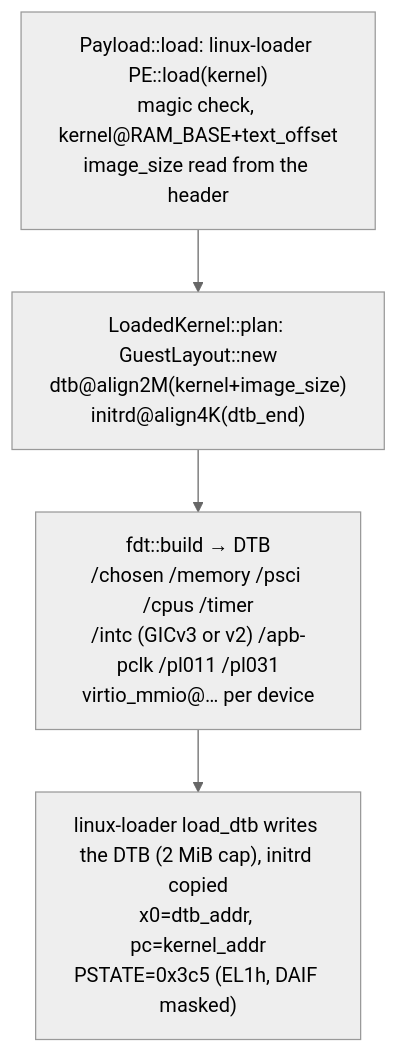
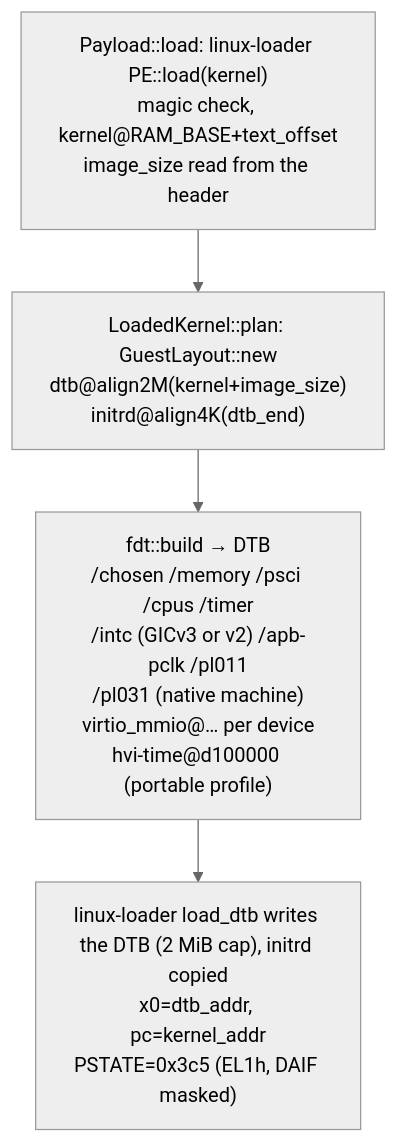
The second of 4 diagrams in docs/architecture.md (brig-sh/hvi-vmm), drawn with Mermaid (neutral theme) before and after one commit. The commit also changed other lines of this file and 22 other files, not shown here.

First line of the commit message:
feat(portable): Add hvi-time and boot the portable profile on KVM

````diff
--- a/docs/architecture.md
+++ b/docs/architecture.md
@@ -212,7 +212,7 @@
 ```mermaid
 flowchart TB
     A["Payload::load: linux-loader PE::load(kernel)<br/>magic check, kernel@RAM_BASE+text_offset<br/>image_size read from the header"] --> B
     B["LoadedKernel::plan: GuestLayout::new<br/>dtb@align2M(kernel+image_size)<br/>initrd@align4K(dtb_end)"] --> C
-    C["fdt::build → DTB<br/>/chosen /memory /psci /cpus /timer<br/>/intc (GICv3 or v2) /apb-pclk /pl011 /pl031<br/>virtio_mmio@… per device"] --> D
+    C["fdt::build → DTB<br/>/chosen /memory /psci /cpus /timer<br/>/intc (GICv3 or v2) /apb-pclk /pl011<br/>/pl031 (native machine)<br/>virtio_mmio@… per device<br/>hvi-time@d100000 (portable profile)"] --> D
     D["linux-loader load_dtb writes the DTB (2 MiB cap), initrd copied<br/>x0=dtb_addr, pc=kernel_addr<br/>PSTATE=0x3c5 (EL1h, DAIF masked)"]
 ```
````
